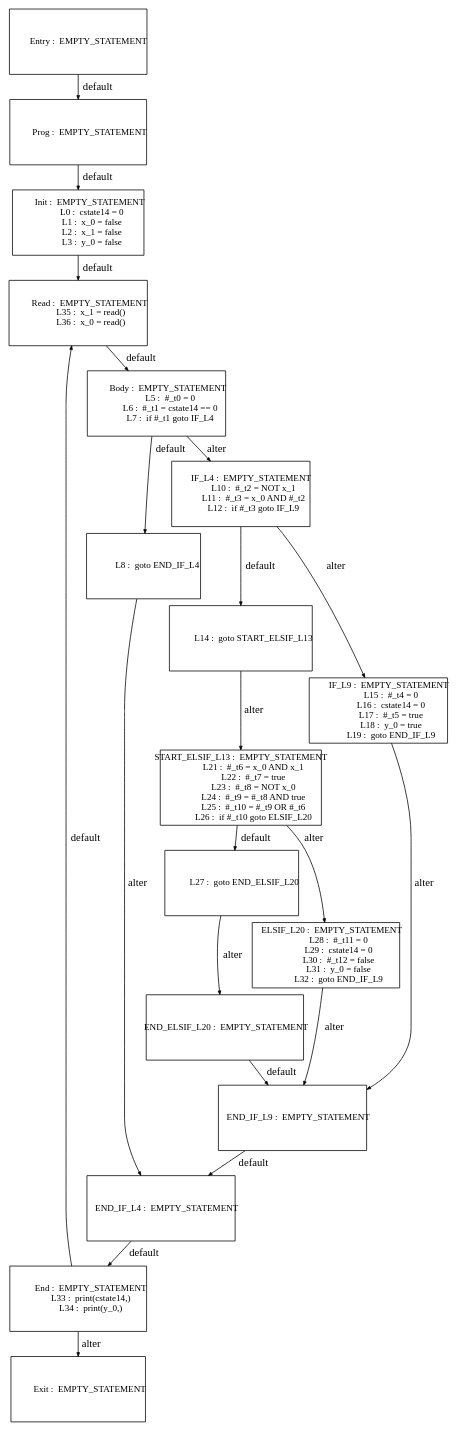
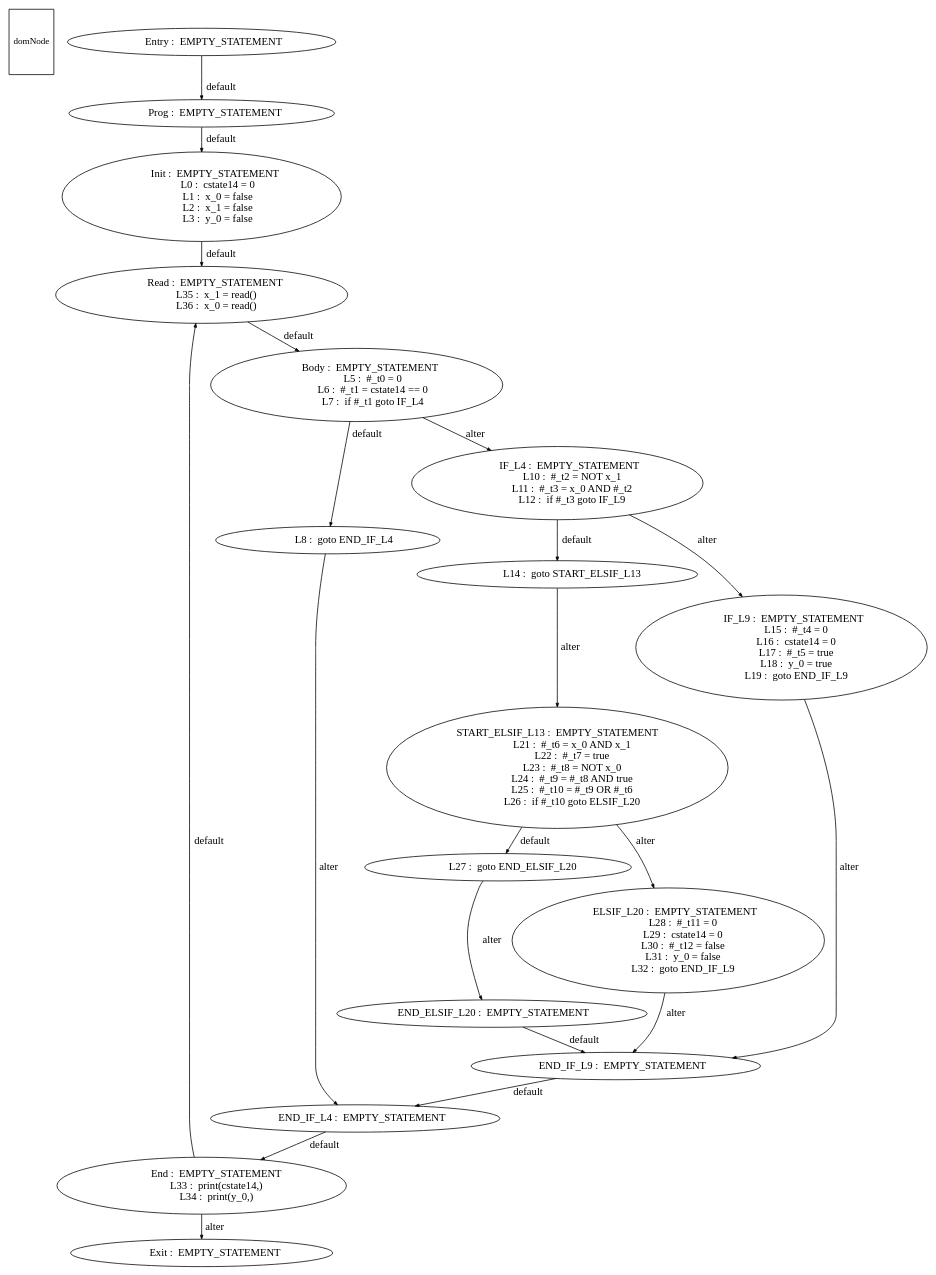
The diagram in tests_programs/paper1_tests/FB_G4LTL1_output/Graph_CP_0.dot (Geoffrey1014/ST_DSE), drawn with Graphviz before and after one commit. The commit also changed 257 other files, not shown here.

```diff
--- a/tests_programs/paper1_tests/FB_G4LTL1_output/Graph_CP_0.dot
+++ b/tests_programs/paper1_tests/FB_G4LTL1_output/Graph_CP_0.dot
@@ -1,190 +1,190 @@
 digraph G {
   ranksep=.25;
   edge [arrowsize=.5]
-  node [shape=rectangle, fontname="ArialNarrow",
+  domNode [shape=rectangle, fontname="ArialNarrow",
         fontsize=12,  height=1.2];
   "           Prog :  EMPTY_STATEMENT
 "; "           Init :  EMPTY_STATEMENT
              L0 :  cstate14 = 0
              L1 :  x_0 = false
              L2 :  x_1 = false
              L3 :  y_0 = false
 "; "           Body :  EMPTY_STATEMENT
              L5 :  #_t0 = 0
              L6 :  #_t1 = cstate14 == 0
              L7 :  if #_t1 goto IF_L4
 "; "             L8 :  goto END_IF_L4
 "; "          IF_L4 :  EMPTY_STATEMENT
             L10 :  #_t2 = NOT x_1
             L11 :  #_t3 = x_0 AND #_t2
             L12 :  if #_t3 goto IF_L9
 "; "            L14 :  goto START_ELSIF_L13
 "; "          IF_L9 :  EMPTY_STATEMENT
             L15 :  #_t4 = 0
             L16 :  cstate14 = 0
             L17 :  #_t5 = true
             L18 :  y_0 = true
             L19 :  goto END_IF_L9
 "; "START_ELSIF_L13 :  EMPTY_STATEMENT
             L21 :  #_t6 = x_0 AND x_1
             L22 :  #_t7 = true
             L23 :  #_t8 = NOT x_0
             L24 :  #_t9 = #_t8 AND true
             L25 :  #_t10 = #_t9 OR #_t6
             L26 :  if #_t10 goto ELSIF_L20
 "; "            L27 :  goto END_ELSIF_L20
 "; "      ELSIF_L20 :  EMPTY_STATEMENT
             L28 :  #_t11 = 0
             L29 :  cstate14 = 0
             L30 :  #_t12 = false
             L31 :  y_0 = false
             L32 :  goto END_IF_L9
 "; "  END_ELSIF_L20 :  EMPTY_STATEMENT
 "; "      END_IF_L9 :  EMPTY_STATEMENT
 "; "      END_IF_L4 :  EMPTY_STATEMENT
 "; "          Entry :  EMPTY_STATEMENT
 "; "            End :  EMPTY_STATEMENT
             L33 :  print(cstate14,)
             L34 :  print(y_0,)
 "; "           Exit :  EMPTY_STATEMENT
 "; "           Read :  EMPTY_STATEMENT
             L35 :  x_1 = read()
             L36 :  x_0 = read()
 "; 
   "           Prog :  EMPTY_STATEMENT
 " -> "           Init :  EMPTY_STATEMENT
              L0 :  cstate14 = 0
              L1 :  x_0 = false
              L2 :  x_1 = false
              L3 :  y_0 = false
 "  [label="default"];
   "           Init :  EMPTY_STATEMENT
              L0 :  cstate14 = 0
              L1 :  x_0 = false
              L2 :  x_1 = false
              L3 :  y_0 = false
 " -> "           Read :  EMPTY_STATEMENT
             L35 :  x_1 = read()
             L36 :  x_0 = read()
 "  [label="default"];
   "           Body :  EMPTY_STATEMENT
              L5 :  #_t0 = 0
              L6 :  #_t1 = cstate14 == 0
              L7 :  if #_t1 goto IF_L4
 " -> "             L8 :  goto END_IF_L4
 "  [label="default"];
   "           Body :  EMPTY_STATEMENT
              L5 :  #_t0 = 0
              L6 :  #_t1 = cstate14 == 0
              L7 :  if #_t1 goto IF_L4
 " -> "          IF_L4 :  EMPTY_STATEMENT
             L10 :  #_t2 = NOT x_1
             L11 :  #_t3 = x_0 AND #_t2
             L12 :  if #_t3 goto IF_L9
 "  [label="alter"];
   "             L8 :  goto END_IF_L4
 " -> "      END_IF_L4 :  EMPTY_STATEMENT
 "  [label="alter"];
   "          IF_L4 :  EMPTY_STATEMENT
             L10 :  #_t2 = NOT x_1
             L11 :  #_t3 = x_0 AND #_t2
             L12 :  if #_t3 goto IF_L9
 " -> "            L14 :  goto START_ELSIF_L13
 "  [label="default"];
   "          IF_L4 :  EMPTY_STATEMENT
             L10 :  #_t2 = NOT x_1
             L11 :  #_t3 = x_0 AND #_t2
             L12 :  if #_t3 goto IF_L9
 " -> "          IF_L9 :  EMPTY_STATEMENT
             L15 :  #_t4 = 0
             L16 :  cstate14 = 0
             L17 :  #_t5 = true
             L18 :  y_0 = true
             L19 :  goto END_IF_L9
 "  [label="alter"];
   "            L14 :  goto START_ELSIF_L13
 " -> "START_ELSIF_L13 :  EMPTY_STATEMENT
             L21 :  #_t6 = x_0 AND x_1
             L22 :  #_t7 = true
             L23 :  #_t8 = NOT x_0
             L24 :  #_t9 = #_t8 AND true
             L25 :  #_t10 = #_t9 OR #_t6
             L26 :  if #_t10 goto ELSIF_L20
 "  [label="alter"];
   "          IF_L9 :  EMPTY_STATEMENT
             L15 :  #_t4 = 0
             L16 :  cstate14 = 0
             L17 :  #_t5 = true
             L18 :  y_0 = true
             L19 :  goto END_IF_L9
 " -> "      END_IF_L9 :  EMPTY_STATEMENT
 "  [label="alter"];
   "START_ELSIF_L13 :  EMPTY_STATEMENT
             L21 :  #_t6 = x_0 AND x_1
             L22 :  #_t7 = true
             L23 :  #_t8 = NOT x_0
             L24 :  #_t9 = #_t8 AND true
             L25 :  #_t10 = #_t9 OR #_t6
             L26 :  if #_t10 goto ELSIF_L20
 " -> "            L27 :  goto END_ELSIF_L20
 "  [label="default"];
   "START_ELSIF_L13 :  EMPTY_STATEMENT
             L21 :  #_t6 = x_0 AND x_1
             L22 :  #_t7 = true
             L23 :  #_t8 = NOT x_0
             L24 :  #_t9 = #_t8 AND true
             L25 :  #_t10 = #_t9 OR #_t6
             L26 :  if #_t10 goto ELSIF_L20
 " -> "      ELSIF_L20 :  EMPTY_STATEMENT
             L28 :  #_t11 = 0
             L29 :  cstate14 = 0
             L30 :  #_t12 = false
             L31 :  y_0 = false
             L32 :  goto END_IF_L9
 "  [label="alter"];
   "            L27 :  goto END_ELSIF_L20
 " -> "  END_ELSIF_L20 :  EMPTY_STATEMENT
 "  [label="alter"];
   "      ELSIF_L20 :  EMPTY_STATEMENT
             L28 :  #_t11 = 0
             L29 :  cstate14 = 0
             L30 :  #_t12 = false
             L31 :  y_0 = false
             L32 :  goto END_IF_L9
 " -> "      END_IF_L9 :  EMPTY_STATEMENT
 "  [label="alter"];
   "  END_ELSIF_L20 :  EMPTY_STATEMENT
 " -> "      END_IF_L9 :  EMPTY_STATEMENT
 "  [label="default"];
   "      END_IF_L9 :  EMPTY_STATEMENT
 " -> "      END_IF_L4 :  EMPTY_STATEMENT
 "  [label="default"];
   "      END_IF_L4 :  EMPTY_STATEMENT
 " -> "            End :  EMPTY_STATEMENT
             L33 :  print(cstate14,)
             L34 :  print(y_0,)
 "  [label="default"];
   "          Entry :  EMPTY_STATEMENT
 " -> "           Prog :  EMPTY_STATEMENT
 "  [label="default"];
   "            End :  EMPTY_STATEMENT
             L33 :  print(cstate14,)
             L34 :  print(y_0,)
 " -> "           Read :  EMPTY_STATEMENT
             L35 :  x_1 = read()
             L36 :  x_0 = read()
 "  [label="default"];
   "            End :  EMPTY_STATEMENT
             L33 :  print(cstate14,)
             L34 :  print(y_0,)
 " -> "           Exit :  EMPTY_STATEMENT
 "  [label="alter"];
   "           Read :  EMPTY_STATEMENT
             L35 :  x_1 = read()
             L36 :  x_0 = read()
 " -> "           Body :  EMPTY_STATEMENT
              L5 :  #_t0 = 0
              L6 :  #_t1 = cstate14 == 0
              L7 :  if #_t1 goto IF_L4
 "  [label="default"];
 }
```
